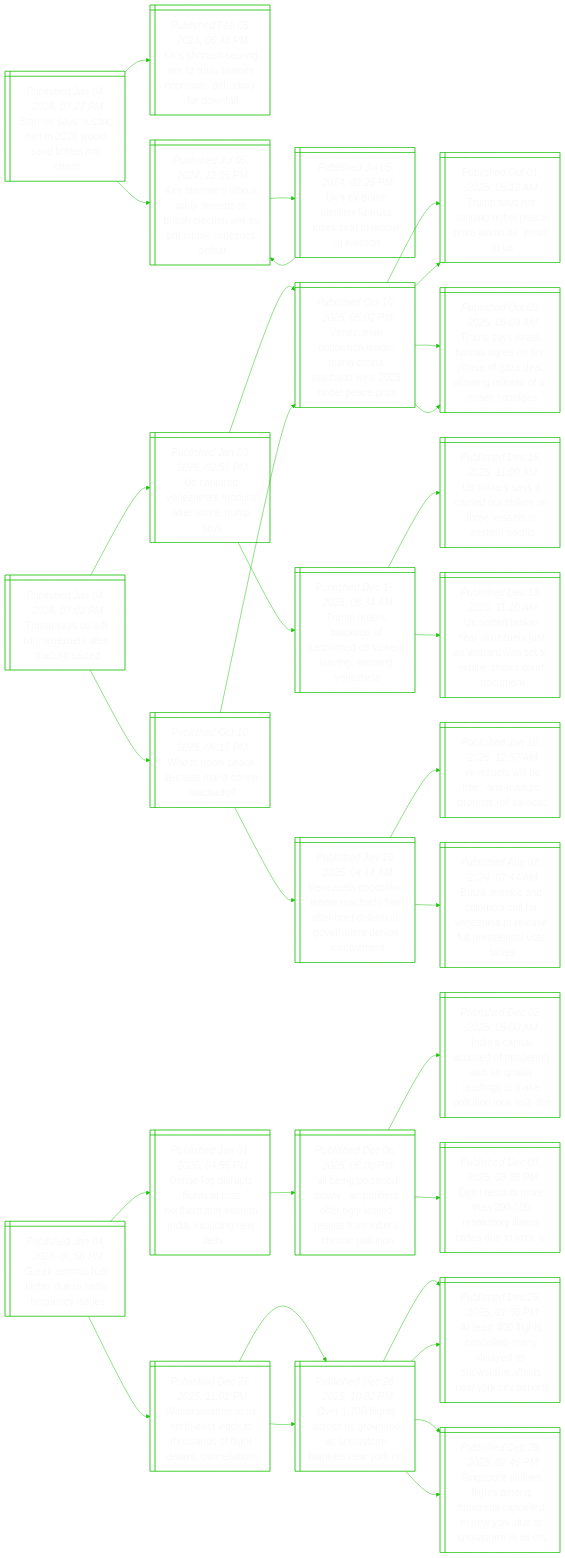
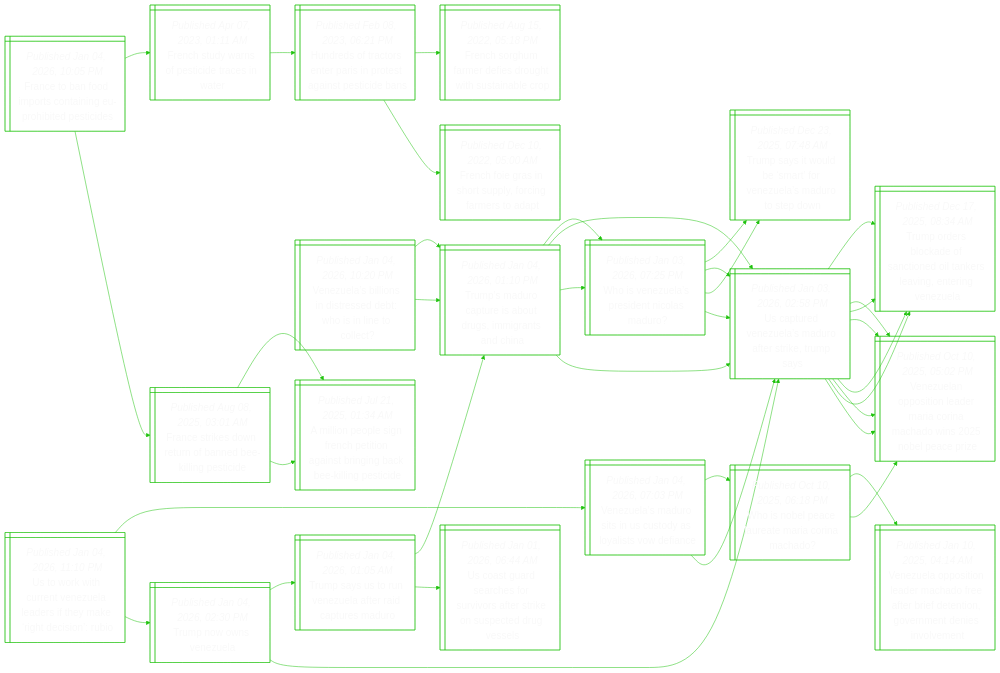
One commit to notJmes/notJmes changed the diagram in README.md. Above: the diagram before and after it, drawn with Mermaid. The commit also changed other lines of this file, not shown here.

````diff
--- a/README.md
+++ b/README.md
@@ -16,103 +16,121 @@
 flowchart LR
 classDef txtsize font-size:20px;
 
-Sesimuntna@{ shape: win-pane, label: "_Published Jan 04, 2026, 07:27 PM_
-Starmer says ousting him in 2026 would send britain into chaos" }
-UotiLuacihyol@{ shape: win-pane, label: "_Published Feb 05, 2023, 06:48 PM_
-Uk's shortest-serving pm liz truss blames economic 'orthodoxy' for downfall" }
-Ktroreoiensnnsa@{ shape: win-pane, label: "_Published Jul 05, 2024, 12:05 PM_
-Keir starmer’s labour party sweeps to british election win as pm sunak concedes defeat" }
-Upmtzsstoei@{ shape: win-pane, label: "_Published Jul 05, 2024, 02:25 PM_
-Uk’s ex-prime minister liz truss loses seat to labour in election" }
-Ktroreoiensnnsa@{ shape: win-pane, label: "_Published Jul 05, 2024, 12:05 PM_
-Keir starmer’s labour party sweeps to british election win as pm sunak concedes defeat" }
-
-Sesimuntna:::txtsize --> UotiLuacihyol:::txtsize
-Sesimuntna:::txtsize --> Ktroreoiensnnsa:::txtsize
-Ktroreoiensnnsa:::txtsize --> Upmtzsstoei:::txtsize
-Upmtzsstoei:::txtsize --> Ktroreoiensnnsa:::txtsize
-
-TsSrnleui@{ shape: win-pane, label: "_Published Jan 04, 2026, 07:03 PM_
-Trump says us will run venezuela after maduro seized" }
+Uotreeaiyrdib@{ shape: win-pane, label: "_Published Jan 04, 2026, 11:10 PM_
+Us to work with current venezuela leaders if they make ‘right decision’: rubio" }
+Tnnea@{ shape: win-pane, label: "_Published Jan 04, 2026, 02:30 PM_
+Trump now owns venezuela" }
 UtVuMorkms@{ shape: win-pane, label: "_Published Jan 03, 2026, 02:58 PM_
 Us captured venezuela’s maduro after strike, trump says" }
 Vuoilranhibai@{ shape: win-pane, label: "_Published Oct 10, 2025, 05:02 PM_
 Venezuelan opposition leader maria corina machado wins 2025 nobel peace prize" }
-TsonoeroelS@{ shape: win-pane, label: "_Published Oct 01, 2025, 05:12 AM_
-Trump says not winning nobel peace prize would be ‘insult’ to us" }
-TssHaossaaorslaoe@{ shape: win-pane, label: "_Published Oct 09, 2025, 05:09 AM_
-Trump says israel, hamas agree on first phase of gaza deal, allowing release of all israeli hostages" }
 Toskftdasitgz@{ shape: win-pane, label: "_Published Dec 17, 2025, 08:34 AM_
 Trump orders blockade of sanctioned oil tankers leaving, entering venezuela" }
-Uistitktvlanf@{ shape: win-pane, label: "_Published Dec 16, 2025, 11:09 AM_
-Us military says it carried out strikes on three vessels in eastern pacific" }
-Uznenltrwtphoon@{ shape: win-pane, label: "_Published Dec 13, 2025, 11:10 AM_
-Us seized tanker near venezuela just as warrant was set to expire, shows court document" }
+TsSnzaraeu@{ shape: win-pane, label: "_Published Jan 04, 2026, 01:05 AM_
+Trump says us to run venezuela after raid captures maduro" }
+Usrrfrreiscrs@{ shape: win-pane, label: "_Published Jan 01, 2026, 06:44 AM_
+Us coast guard searches for survivors after strike on suspected drug vessels" }
+Tsrtstsgsh@{ shape: win-pane, label: "_Published Jan 04, 2026, 01:10 PM_
+Trump’s maduro capture is about drugs, immigrants and china" }
+VuMoiuyytdn@{ shape: win-pane, label: "_Published Jan 04, 2026, 07:03 PM_
+Venezuela’s maduro sits in us custody as loyalists vow defiance" }
+UtVuMorkms@{ shape: win-pane, label: "_Published Jan 03, 2026, 02:58 PM_
+Us captured venezuela’s maduro after strike, trump says" }
+Vuoilranhibai@{ shape: win-pane, label: "_Published Oct 10, 2025, 05:02 PM_
+Venezuelan opposition leader maria corina machado wins 2025 nobel peace prize" }
+Toskftdasitgz@{ shape: win-pane, label: "_Published Dec 17, 2025, 08:34 AM_
+Trump orders blockade of sanctioned oil tankers leaving, entering venezuela" }
 WNPlarrao@{ shape: win-pane, label: "_Published Oct 10, 2025, 06:18 PM_
 Who is nobel peace laureate maria corina machado?" }
 Vuoilranhibai@{ shape: win-pane, label: "_Published Oct 10, 2025, 05:02 PM_
 Venezuelan opposition leader maria corina machado wins 2025 nobel peace prize" }
-TsonoeroelS@{ shape: win-pane, label: "_Published Oct 01, 2025, 05:12 AM_
-Trump says not winning nobel peace prize would be ‘insult’ to us" }
-TssHaossaaorslaoe@{ shape: win-pane, label: "_Published Oct 09, 2025, 05:09 AM_
-Trump says israel, hamas agree on first phase of gaza deal, allowing release of all israeli hostages" }
 VupteMderfngndsln@{ shape: win-pane, label: "_Published Jan 10, 2025, 04:14 AM_
 Venezuela opposition leader machado free after brief detention, government denies involvement" }
-Vuifndrtlc@{ shape: win-pane, label: "_Published Jan 10, 2025, 12:57 AM_
-‘venezuela will be free’: anti-maduro protests roil caracas" }
-BlcCblVuoalstol@{ shape: win-pane, label: "_Published Aug 02, 2024, 07:44 AM_
-Brazil, mexico and colombia call for venezuela to release full presidential vote tallies" }
 
-TsSrnleui:::txtsize --> UtVuMorkms:::txtsize
+Uotreeaiyrdib:::txtsize --> Tnnea:::txtsize
+Tnnea:::txtsize --> UtVuMorkms:::txtsize
 UtVuMorkms:::txtsize --> Vuoilranhibai:::txtsize
-Vuoilranhibai:::txtsize --> TsonoeroelS:::txtsize
-Vuoilranhibai:::txtsize --> TssHaossaaorslaoe:::txtsize
 UtVuMorkms:::txtsize --> Toskftdasitgz:::txtsize
-Toskftdasitgz:::txtsize --> Uistitktvlanf:::txtsize
-Toskftdasitgz:::txtsize --> Uznenltrwtphoon:::txtsize
-TsSrnleui:::txtsize --> WNPlarrao:::txtsize
+Tnnea:::txtsize --> TsSnzaraeu:::txtsize
+TsSnzaraeu:::txtsize --> Usrrfrreiscrs:::txtsize
+TsSnzaraeu:::txtsize --> Tsrtstsgsh:::txtsize
+Uotreeaiyrdib:::txtsize --> VuMoiuyytdn:::txtsize
+VuMoiuyytdn:::txtsize --> UtVuMorkms:::txtsize
+UtVuMorkms:::txtsize --> Vuoilranhibai:::txtsize
+UtVuMorkms:::txtsize --> Toskftdasitgz:::txtsize
+VuMoiuyytdn:::txtsize --> WNPlarrao:::txtsize
 WNPlarrao:::txtsize --> Vuoilranhibai:::txtsize
-Vuoilranhibai:::txtsize --> TsonoeroelS:::txtsize
-Vuoilranhibai:::txtsize --> TssHaossaaorslaoe:::txtsize
 WNPlarrao:::txtsize --> VupteMderfngndsln:::txtsize
-VupteMderfngndsln:::txtsize --> Vuifndrtlc:::txtsize
-VupteMderfngndsln:::txtsize --> BlcCblVuoalstol:::txtsize
 
-Garlguarns@{ shape: win-pane, label: "_Published Jan 04, 2026, 06:50 PM_
-Greek airports halt flights due to radio frequency issues" }
-Dfsshrorerilge@{ shape: win-pane, label: "_Published Jan 01, 2026, 04:55 PM_
-Dense fog disrupts flights across northern and eastern india, including new delhi" }
-Aiidlpifnmrtmaooi@{ shape: win-pane, label: "_Published Dec 06, 2025, 06:00 PM_
-‘all being poisoned slowly’: air purifiers offer only limited respite from india’s chronic pollution" }
-Istcopgaarnmoios@{ shape: win-pane, label: "_Published Dec 02, 2025, 05:00 AM_
-India’s capital accused of tampering with air quality readings to make pollution look less dire" }
-Drderryesexr@{ shape: win-pane, label: "_Published Dec 03, 2025, 08:25 PM_
-Delhi records more than 200,000 respiratory illness cases due to toxic air" }
-WrhUttsodldsei@{ shape: win-pane, label: "_Published Dec 27, 2025, 11:01 PM_
-Winter weather in us north-east leads to thousands of flight delays, cancellations" }
-Olssrenoasot@{ shape: win-pane, label: "_Published Dec 26, 2025, 10:32 PM_
-Over 1,700 flights across us grounded as snowstorm blankets new york city" }
-AsgalnassatYirs@{ shape: win-pane, label: "_Published Dec 26, 2025, 01:36 PM_
-At least 400 flights cancelled, many delayed as snowstorm affects new york city airports" }
-Spiegmudcdwdstnt@{ shape: win-pane, label: "_Published Dec 26, 2025, 02:46 PM_
-Singapore airlines flights among hundreds cancelled in new york due to snowstorm in us city" }
-Olssrenoasot@{ shape: win-pane, label: "_Published Dec 26, 2025, 10:32 PM_
-Over 1,700 flights across us grounded as snowstorm blankets new york city" }
-AsgalnassatYirs@{ shape: win-pane, label: "_Published Dec 26, 2025, 01:36 PM_
-At least 400 flights cancelled, many delayed as snowstorm affects new york city airports" }
-Spiegmudcdwdstnt@{ shape: win-pane, label: "_Published Dec 26, 2025, 02:46 PM_
-Singapore airlines flights among hundreds cancelled in new york due to snowstorm in us city" }
+Vubodedhntl@{ shape: win-pane, label: "_Published Jan 04, 2026, 10:20 PM_
+Venezuela’s billions in distressed debt: who is in line to collect?" }
+Tsrtstsgsh@{ shape: win-pane, label: "_Published Jan 04, 2026, 01:10 PM_
+Trump’s maduro capture is about drugs, immigrants and china" }
+UtVuMorkms@{ shape: win-pane, label: "_Published Jan 03, 2026, 02:58 PM_
+Us captured venezuela’s maduro after strike, trump says" }
+Vuoilranhibai@{ shape: win-pane, label: "_Published Oct 10, 2025, 05:02 PM_
+Venezuelan opposition leader maria corina machado wins 2025 nobel peace prize" }
+Toskftdasitgz@{ shape: win-pane, label: "_Published Dec 17, 2025, 08:34 AM_
+Trump orders blockade of sanctioned oil tankers leaving, entering venezuela" }
+WVuPdisr@{ shape: win-pane, label: "_Published Jan 03, 2026, 07:25 PM_
+Who is venezuela’s president nicolas maduro?" }
+UtVuMorkms@{ shape: win-pane, label: "_Published Jan 03, 2026, 02:58 PM_
+Us captured venezuela’s maduro after strike, trump says" }
+Tstdarzsrtw@{ shape: win-pane, label: "_Published Dec 23, 2025, 07:48 AM_
+Trump says it would be ‘smart’ for venezuela’s maduro to step down" }
+Tsrtstsgsh@{ shape: win-pane, label: "_Published Jan 04, 2026, 01:10 PM_
+Trump’s maduro capture is about drugs, immigrants and china" }
+UtVuMorkms@{ shape: win-pane, label: "_Published Jan 03, 2026, 02:58 PM_
+Us captured venezuela’s maduro after strike, trump says" }
+Vuoilranhibai@{ shape: win-pane, label: "_Published Oct 10, 2025, 05:02 PM_
+Venezuelan opposition leader maria corina machado wins 2025 nobel peace prize" }
+Toskftdasitgz@{ shape: win-pane, label: "_Published Dec 17, 2025, 08:34 AM_
+Trump orders blockade of sanctioned oil tankers leaving, entering venezuela" }
+WVuPdisr@{ shape: win-pane, label: "_Published Jan 03, 2026, 07:25 PM_
+Who is venezuela’s president nicolas maduro?" }
+UtVuMorkms@{ shape: win-pane, label: "_Published Jan 03, 2026, 02:58 PM_
+Us captured venezuela’s maduro after strike, trump says" }
+Tstdarzsrtw@{ shape: win-pane, label: "_Published Dec 23, 2025, 07:48 AM_
+Trump says it would be ‘smart’ for venezuela’s maduro to step down" }
 
-Garlguarns:::txtsize --> Dfsshrorerilge:::txtsize
-Dfsshrorerilge:::txtsize --> Aiidlpifnmrtmaooi:::txtsize
-Aiidlpifnmrtmaooi:::txtsize --> Istcopgaarnmoios:::txtsize
-Aiidlpifnmrtmaooi:::txtsize --> Drderryesexr:::txtsize
-Garlguarns:::txtsize --> WrhUttsodldsei:::txtsize
-WrhUttsodldsei:::txtsize --> Olssrenoasot:::txtsize
-Olssrenoasot:::txtsize --> AsgalnassatYirs:::txtsize
-Olssrenoasot:::txtsize --> Spiegmudcdwdstnt:::txtsize
-WrhUttsodldsei:::txtsize --> Olssrenoasot:::txtsize
-Olssrenoasot:::txtsize --> AsgalnassatYirs:::txtsize
-Olssrenoasot:::txtsize --> Spiegmudcdwdstnt:::txtsize
+Vubodedhntl:::txtsize --> Tsrtstsgsh:::txtsize
+Tsrtstsgsh:::txtsize --> UtVuMorkms:::txtsize
+UtVuMorkms:::txtsize --> Vuoilranhibai:::txtsize
+UtVuMorkms:::txtsize --> Toskftdasitgz:::txtsize
+Tsrtstsgsh:::txtsize --> WVuPdisr:::txtsize
+WVuPdisr:::txtsize --> UtVuMorkms:::txtsize
+WVuPdisr:::txtsize --> Tstdarzsrtw:::txtsize
+Vubodedhntl:::txtsize --> Tsrtstsgsh:::txtsize
+Tsrtstsgsh:::txtsize --> UtVuMorkms:::txtsize
+UtVuMorkms:::txtsize --> Vuoilranhibai:::txtsize
+UtVuMorkms:::txtsize --> Toskftdasitgz:::txtsize
+Tsrtstsgsh:::txtsize --> WVuPdisr:::txtsize
+WVuPdisr:::txtsize --> UtVuMorkms:::txtsize
+WVuPdisr:::txtsize --> Tstdarzsrtw:::txtsize
+
+Fenittnriei@{ shape: win-pane, label: "_Published Jan 04, 2026, 10:05 PM_
+France to ban food imports containing eu-prohibited pesticides" }
+Fekwubdigi@{ shape: win-pane, label: "_Published Aug 08, 2025, 03:01 AM_
+France strikes down return of banned bee-killing pesticide" }
+Aioieeoirnkigi@{ shape: win-pane, label: "_Published Jul 21, 2025, 01:34 AM_
+A million people sign french petition against bringing back bee-killing pesticide" }
+Aioieeoirnkigi@{ shape: win-pane, label: "_Published Jul 21, 2025, 01:34 AM_
+A million people sign french petition against bringing back bee-killing pesticide" }
+Fhyssdcw@{ shape: win-pane, label: "_Published Apr 07, 2023, 01:11 AM_
+French study warns of pesticide traces in water" }
+Hetotrpsiein@{ shape: win-pane, label: "_Published Feb 08, 2023, 06:21 PM_
+Hundreds of tractors enter paris in protest against pesticide bans" }
+Fhgntlcasa@{ shape: win-pane, label: "_Published Dec 10, 2022, 05:00 AM_
+French foie gras in short supply, forcing farmers to adapt" }
+Fhhredhhalp@{ shape: win-pane, label: "_Published Aug 15, 2022, 05:18 PM_
+French sorghum farmer defies drought with sustainable crop" }
+
+Fenittnriei:::txtsize --> Fekwubdigi:::txtsize
+Fekwubdigi:::txtsize --> Aioieeoirnkigi:::txtsize
+Fekwubdigi:::txtsize --> Aioieeoirnkigi:::txtsize
+Fenittnriei:::txtsize --> Fhyssdcw:::txtsize
+Fhyssdcw:::txtsize --> Hetotrpsiein:::txtsize
+Hetotrpsiein:::txtsize --> Fhgntlcasa:::txtsize
+Hetotrpsiein:::txtsize --> Fhhredhhalp:::txtsize
 
 ```
````
